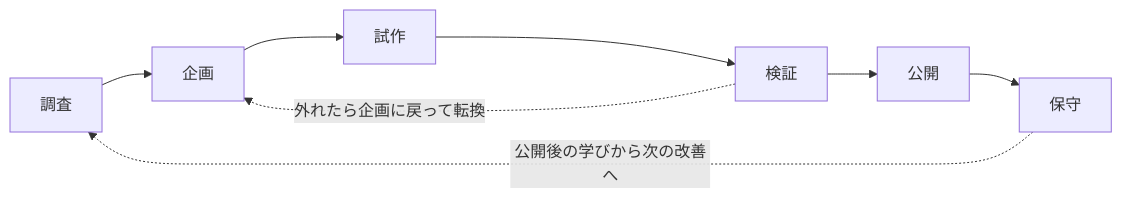
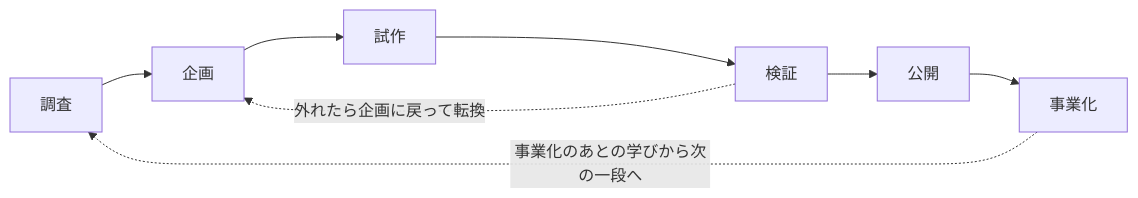
The first of 2 diagrams in samples/bocchi-preneur/proposal.md (iepyon/bocchi-preneur), drawn with Mermaid before and after one commit. The commit also changed other lines of this file and 26 other files, not shown here.

````diff
--- a/samples/bocchi-preneur/proposal.md
+++ b/samples/bocchi-preneur/proposal.md
@@ -106,6 +106,6 @@
 ```mermaid
 flowchart LR
-    R[調査] --> P[企画] --> T[試作] --> V[検証] --> L[公開] --> M[保守]
+    R[調査] --> P[企画] --> T[試作] --> V[検証] --> L[公開] --> B[事業化]
     V -. 外れたら企画に戻って転換 .-> P
-    M -. 公開後の学びから次の改善へ .-> R
+    B -. 事業化のあとの学びから次の一段へ .-> R
 ```
````
